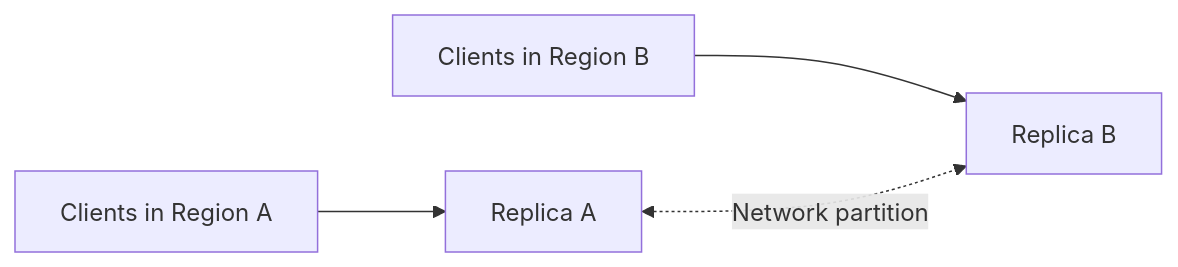
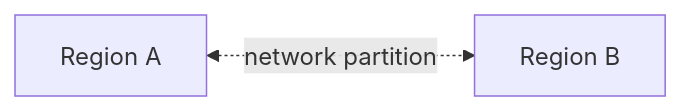
Before and after one commit to AvadhBhalodiya/Interview-Preparation: the third of 9 diagrams in src/content/system-design/consistency-cap-retries.md, drawn with Mermaid. The commit also changed other lines of this file and 54 other files, not shown here.

````diff
--- a/src/content/system-design/consistency-cap-retries.md
+++ b/src/content/system-design/consistency-cap-retries.md
@@ -258,6 +216,4 @@
 ```mermaid
 flowchart LR
-    C1[Clients in Region A] --> A[Replica A]
-    C2[Clients in Region B] --> B[Replica B]
-    A <-. Network partition .-> B
+    A[Region A] <-. network partition .-> B[Region B]
 ```
````
